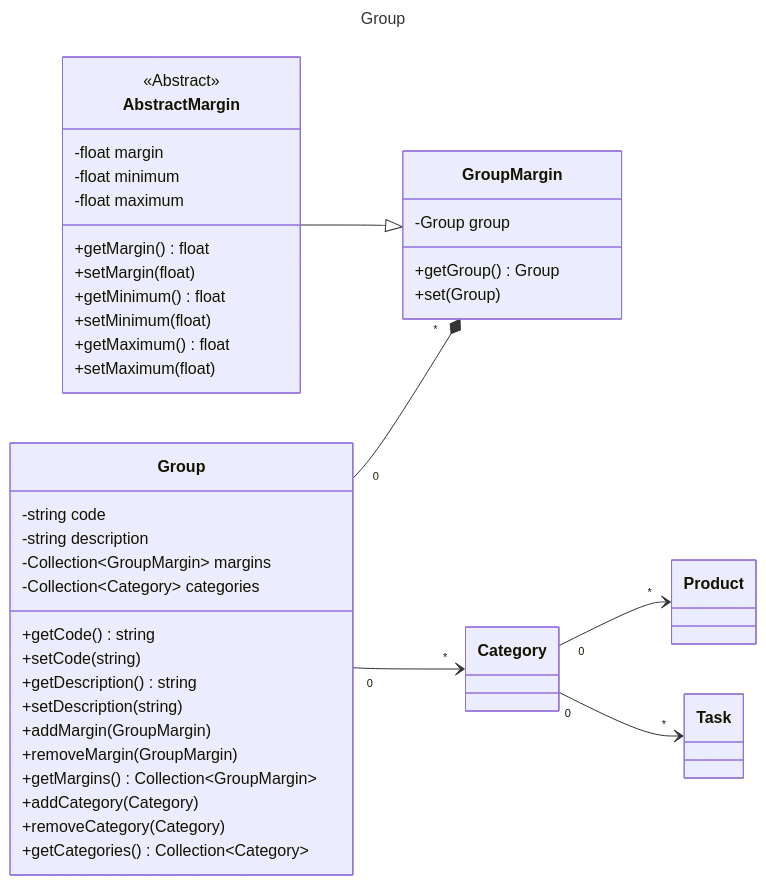
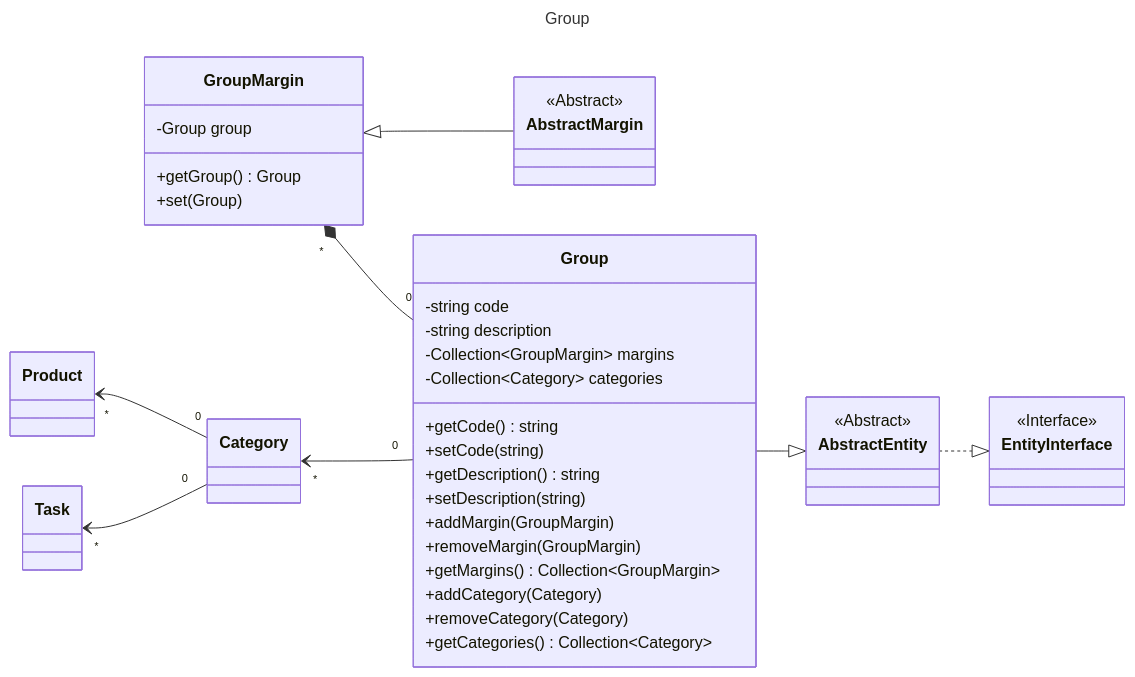
One commit to laurentmuller/calculation changed the diagram in resources/diagram/group.mmd. Above: the diagram before and after it, drawn with Mermaid. The commit also changed 19 other files, not shown here.

Commit message:
Updated CSS and JS diagram.

```diff
--- a/resources/diagram/group.mmd
+++ b/resources/diagram/group.mmd
@@ -1,62 +1,64 @@
 ---
 title: Group
 ---
 
 classDiagram
-    direction LR
+    direction RL
 
     class Group {
         -string code
         -string description
         -Collection~GroupMargin~ margins
         -Collection~Category~ categories
         +getCode() string
         +setCode(string)
         +getDescription() string
         +setDescription(string)
         +addMargin(GroupMargin)
         +removeMargin(GroupMargin)
         +getMargins() Collection~GroupMargin~
         +addCategory(Category)
         +removeCategory(Category)
         +getCategories() Collection~Category~
     }
 
     class GroupMargin {
         -Group group
         +getGroup() Group
         +set(Group)
     }
 
-    class Category {
+    class AbstractMargin {
+        <<Abstract>>
     }
 
-    class AbstractMargin {
-        <<Abstract>>
-        -float margin
-        -float minimum
-        -float maximum
-        +getMargin() float
-        +setMargin(float)
-        +getMinimum() float
-        +setMinimum(float)
-        +getMaximum() float
-        +setMaximum(float)
+    class Category {
     }
 
     class Product {
     }
 
     class Task {
     }
 
+    class AbstractEntity {
+        <<Abstract>>
+    }
+    class EntityInterface {
+        <<Interface>>
+    }
+
+    EntityInterface <|.. AbstractEntity
+    AbstractEntity <|-- Group
     Group "0" --* "*" GroupMargin
     Group "0" --> "*" Category
     AbstractMargin --|> GroupMargin
     Category "0" --> "*" Product
     Category "0" --> "*" Task
 
+    click EntityInterface call nodeCallback()
+    click AbstractEntity call nodeCallback()
     click AbstractMargin call nodeCallback()
     click Category call nodeCallback()
     click Product call nodeCallback()
     click Task call nodeCallback()
```
